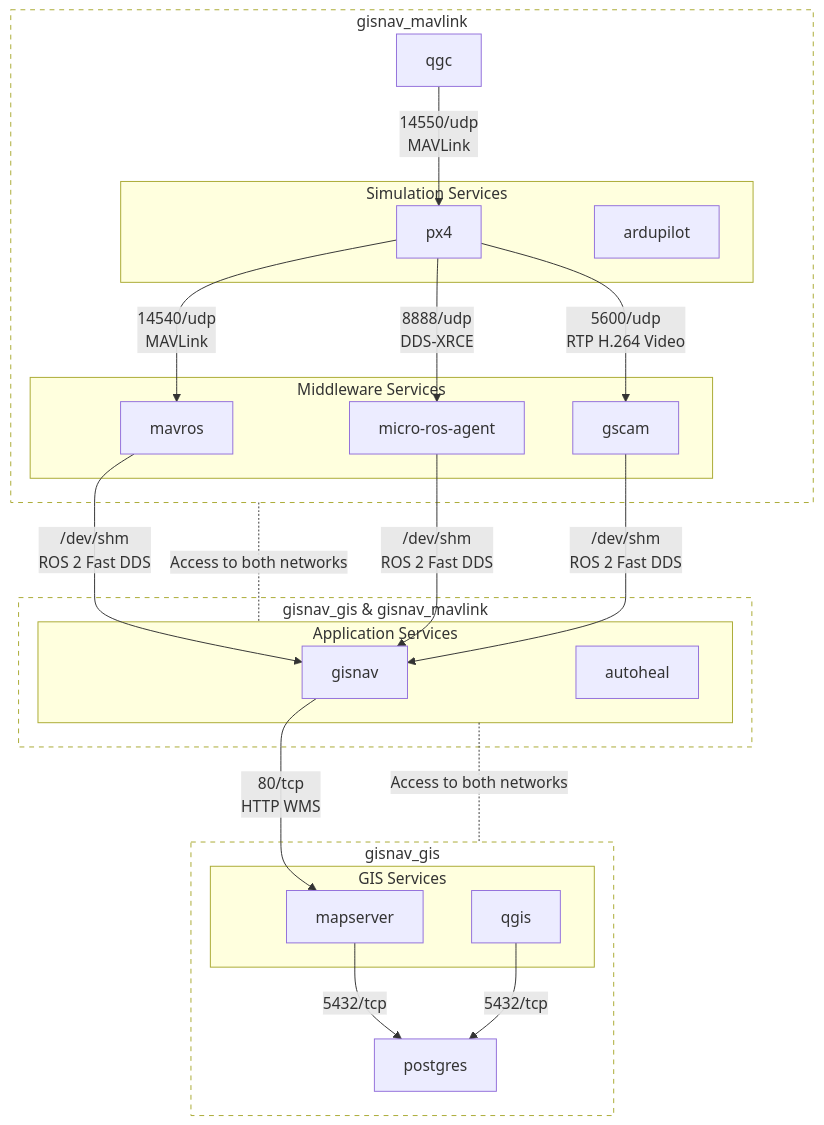
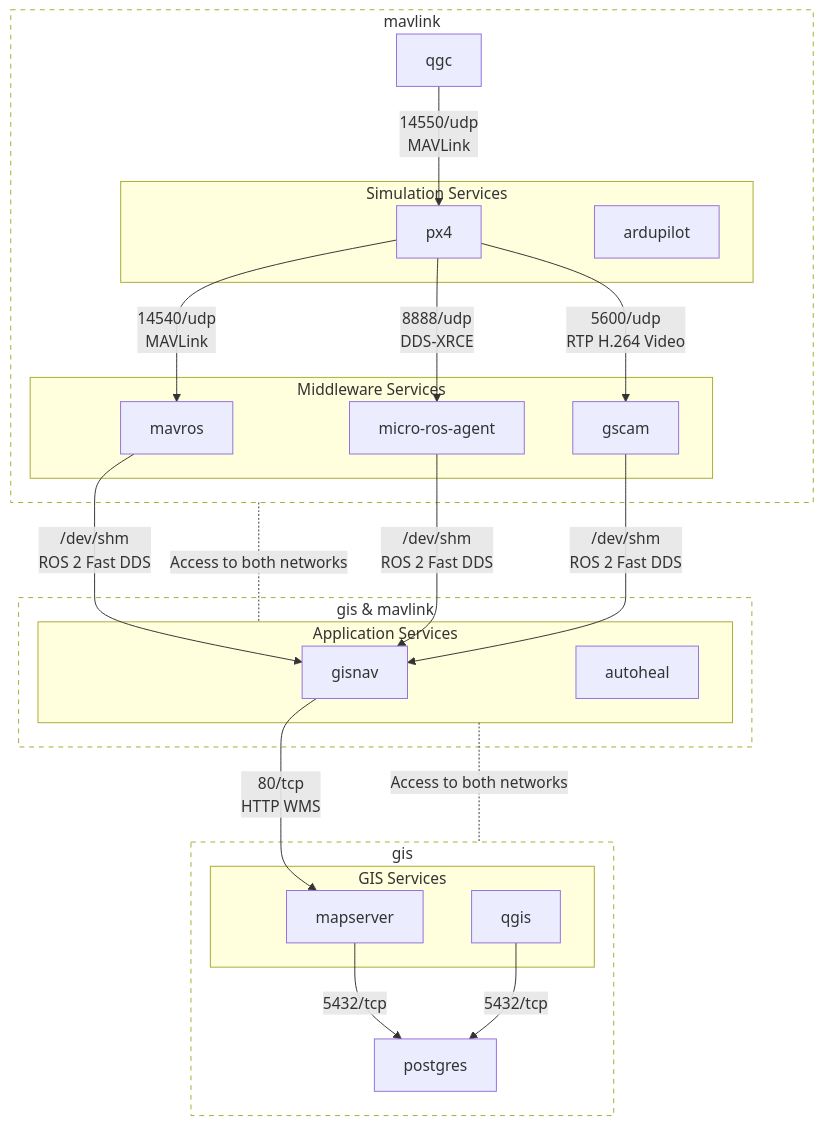
Before and after one commit to hmakelin/gisnav: the diagram in docs/pages/developer_guide/offboard/docker_compose.rst, drawn with Mermaid.

Commit message:
Update network names in diagram

```diff
--- a/docs/pages/developer_guide/offboard/docker_compose.rst
+++ b/docs/pages/developer_guide/offboard/docker_compose.rst
@@ -45,48 +45,48 @@
 .. mermaid::
 
     graph TD
-        subgraph mavlink ["gisnav_mavlink"]
+        subgraph mavlink ["mavlink"]
             mavlink_qgc[qgc]
             subgraph simulation ["Simulation Services"]
                 simulation_px4[px4]
                 simulation_ardupilot[ardupilot]
             end
             subgraph middleware ["Middleware Services"]
                 middleware_mavros[mavros]
                 middleware_micro_ros_agent[micro-ros-agent]
                 middleware_gscam[gscam]
             end
         end
 
-        subgraph gis_mavlink ["gisnav_gis & gisnav_mavlink"]
+        subgraph gis_mavlink ["gis & mavlink"]
             subgraph application ["Application Services"]
                 application_gisnav[gisnav]
                 application_autoheal[autoheal]
             end
         end
 
-        subgraph gis ["gisnav_gis"]
+        subgraph gis ["gis"]
             subgraph gis_services ["GIS Services"]
                 gis_mapserver[mapserver]
                 gis_qgis[qgis]
             end
             gis_postgres[postgres]
         end
 
         mavlink_qgc -->|14550/udp\nMAVLink| simulation_px4
         simulation_px4 -->|14540/udp\nMAVLink| middleware_mavros
         simulation_px4 -->|8888/udp\nDDS-XRCE | middleware_micro_ros_agent
         simulation_px4 -->|5600/udp\nRTP H.264 Video| middleware_gscam
         middleware_mavros -->|/dev/shm\nROS 2 Fast DDS| application_gisnav
         middleware_micro_ros_agent -->|/dev/shm\nROS 2 Fast DDS| application_gisnav
         middleware_gscam -->|/dev/shm\nROS 2 Fast DDS| application_gisnav
 
         application_gisnav -->|80/tcp\nHTTP WMS| gis_mapserver
         gis_mapserver -->|5432/tcp| gis_postgres
         gis_qgis -->|5432/tcp| gis_postgres
 
         application -.-|Access to both networks| gis
         mavlink -.-|Access to both networks| application
 
         classDef network fill:transparent,stroke-dasharray:5 5;
         class mavlink,gis,gis_mavlink network
```
